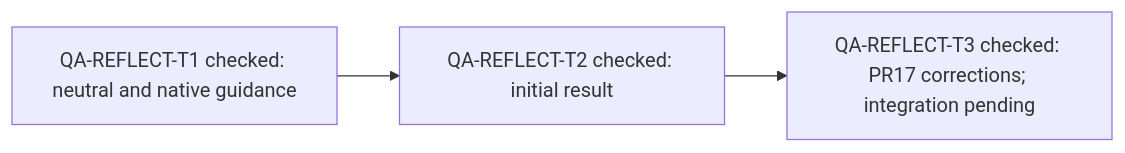
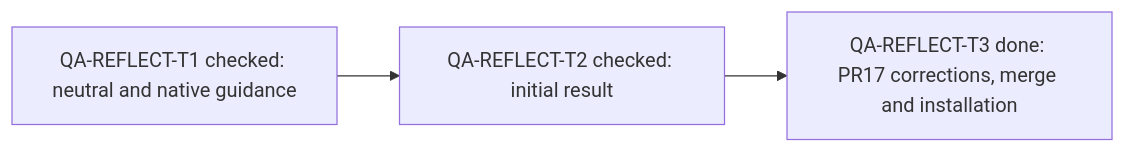
One commit to dm-uy/galaxica-sombrero changed the first of 5 diagrams in examples/pm-project/ROADMAP.md. Above: the diagram before and after it, drawn with Mermaid. The commit also changed other lines of this file and 4 other files, not shown here.

Commit message:
docs: record PR17 merge and working package installation

````diff
--- a/examples/pm-project/ROADMAP.md
+++ b/examples/pm-project/ROADMAP.md
@@ -7,5 +7,5 @@
 ```mermaid
 flowchart LR
     QRT1["QA-REFLECT-T1 checked: neutral and native guidance"] --> QRT2["QA-REFLECT-T2 checked: initial result"]
-    QRT2 --> QRT3["QA-REFLECT-T3 checked: PR17 corrections; integration pending"]
+    QRT2 --> QRT3["QA-REFLECT-T3 done: PR17 corrections, merge and installation"]
 ```
````
